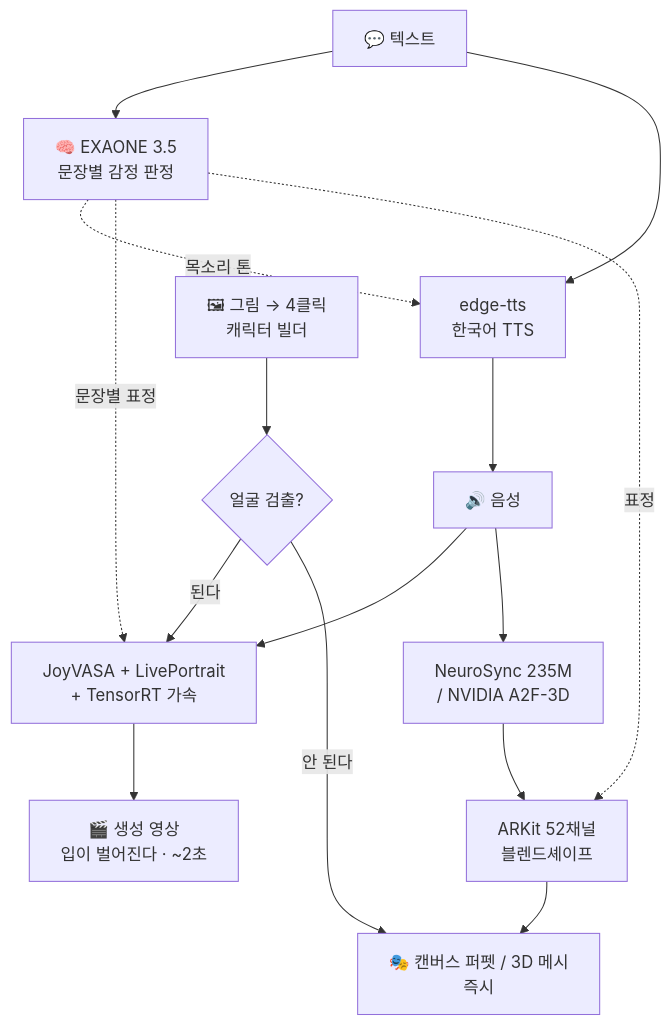
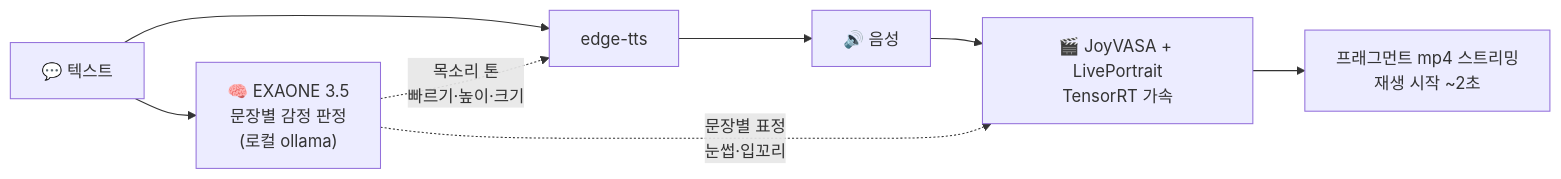
Before and after one commit to ingon1026/talking-drawing-avatar: the diagram in README.md, drawn with Mermaid. The commit also changed other lines of this file and 2 other files, not shown here.

````diff
--- a/README.md
+++ b/README.md
@@ -71,20 +28,10 @@
 ```mermaid
-flowchart TB
-    T["💬 텍스트"] --> EX["🧠 EXAONE 3.5<br/>문장별 감정 판정"]
-    T --> TTS["edge-tts<br/>한국어 TTS"]
-    EX -. 목소리 톤 .-> TTS
+flowchart LR
+    T["💬 텍스트"] --> EX["🧠 EXAONE 3.5<br/>문장별 감정 판정<br/>(로컬 ollama)"]
+    T --> TTS["edge-tts"]
+    EX -. "목소리 톤<br/>빠르기·높이·크기" .-> TTS
     TTS --> WAV["🔊 음성"]
-
-    WAV --> JV["JoyVASA + LivePortrait<br/>+ TensorRT 가속"]
-    EX -. 문장별 표정 .-> JV
-    JV --> VID["🎬 생성 영상<br/>입이 벌어진다 · ~2초"]
-
-    WAV --> NS["NeuroSync 235M<br/>/ NVIDIA A2F-3D"]
-    NS --> BS["ARKit 52채널<br/>블렌드셰이프"]
-    EX -. 표정 .-> BS
-    BS --> PUP["🎭 캔버스 퍼펫 / 3D 메시<br/>즉시"]
-
-    C["🖼 그림 → 4클릭<br/>캐릭터 빌더"] --> DET{"얼굴 검출?"}
-    DET -->|된다| JV
-    DET -->|안 된다| PUP
+    WAV --> JV["🎬 JoyVASA + LivePortrait<br/>TensorRT 가속"]
+    EX -. "문장별 표정<br/>눈썹·입꼬리" .-> JV
+    JV --> OUT["프래그먼트 mp4 스트리밍<br/>재생 시작 ~2초"]
 ```
````
